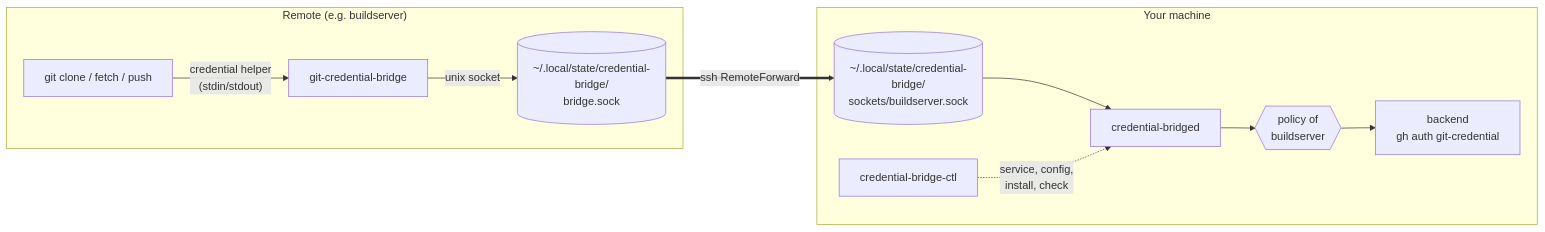
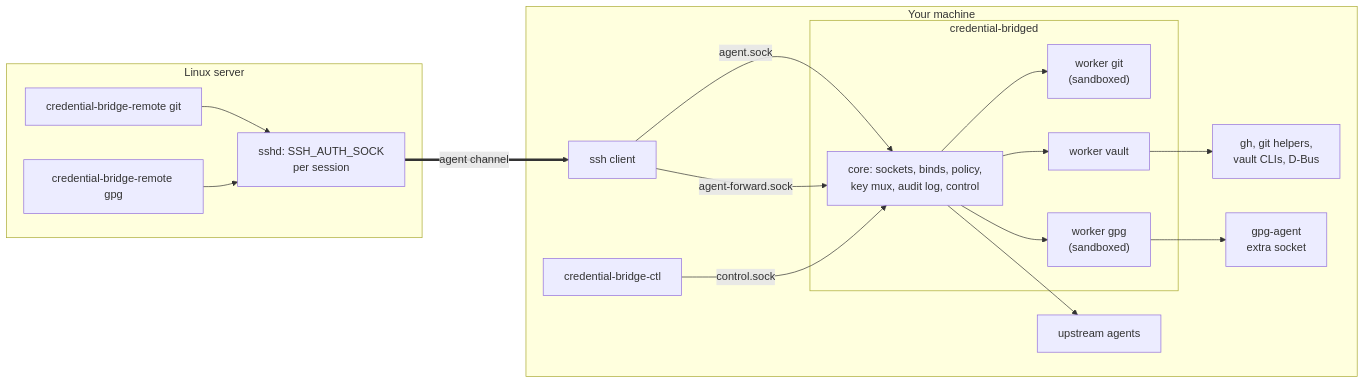
Before and after one commit to XeS0r/ssh-credential-bridge: the first of 3 diagrams in docs/architecture.md, drawn with Mermaid. The commit also changed other lines of this file and 214 other files, not shown here.

````diff
--- a/docs/architecture.md
+++ b/docs/architecture.md
@@ -30,22 +41,31 @@
 ```mermaid
 flowchart LR
-    subgraph remote["Remote (e.g. buildserver)"]
-        git["git clone / fetch / push"]
-        helper["git-credential-bridge"]
-        rsock[("~/.local/state/credential-bridge/<br/>bridge.sock")]
-        git -- "credential helper<br/>(stdin/stdout)" --> helper
-        helper -- "unix socket" --> rsock
+    subgraph local["Your machine"]
+        ssh["ssh client"]
+        subgraph daemon["credential-bridged"]
+            core["core: sockets, binds, policy,<br/>key mux, audit log, control"]
+            git["worker git<br/>(sandboxed)"]
+            vault["worker vault"]
+            gpgw["worker gpg<br/>(sandboxed)"]
+        end
+        up["upstream agents"]
+        tools["gh, git helpers,<br/>vault CLIs, D-Bus"]
+        gpga["gpg-agent<br/>extra socket"]
+        ctl["credential-bridge-ctl"]
     end
-
-    subgraph local["Your machine"]
-        lsock[("~/.local/state/credential-bridge/<br/>sockets/buildserver.sock")]
-        daemon["credential-bridged"]
-        policy{{"policy of<br/>buildserver"}}
-        backend["backend<br/>gh auth git-credential"]
-        ctl["credential-bridge-ctl"]
-        lsock --> daemon --> policy --> backend
-        ctl -. "service, config,<br/>install, check" .-> daemon
+    subgraph remote["Linux server"]
+        sshd["sshd: SSH_AUTH_SOCK<br/>per session"]
+        helper["credential-bridge-remote git"]
+        shim["credential-bridge-remote gpg"]
     end
-
-    rsock == "ssh RemoteForward" ==> lsock
+    ssh -- "agent.sock" --> core
+    ssh -- "agent-forward.sock" --> core
+    ctl -- "control.sock" --> core
+    core --> up
+    core --> git
+    core --> vault --> tools
+    core --> gpgw --> gpga
+    helper --> sshd
+    shim --> sshd
+    sshd == "agent channel" ==> ssh
 ```
````
